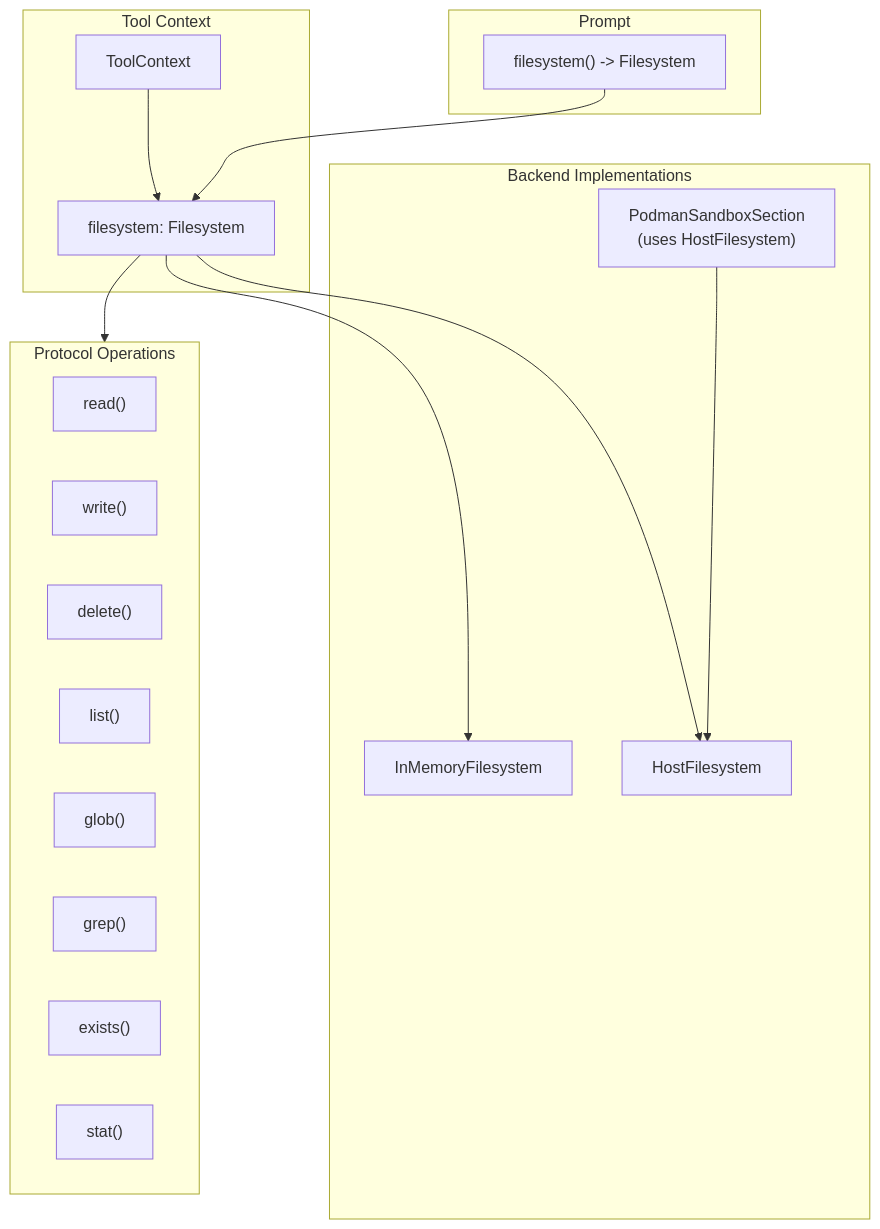
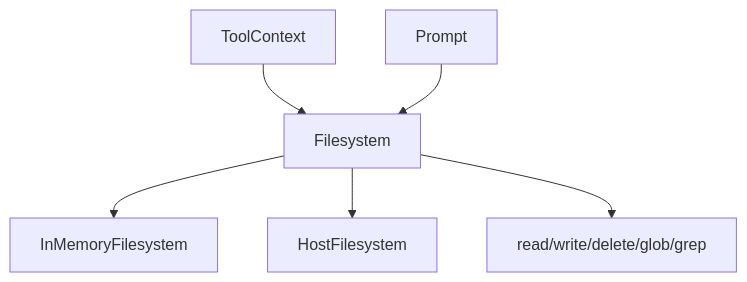
Before and after one commit to weakincentives/weakincentives: the diagram in specs/FILESYSTEM.md, drawn with Mermaid. The commit also changed other lines of this file and 34 other files, not shown here.

````diff
--- a/specs/FILESYSTEM.md
+++ b/specs/FILESYSTEM.md
@@ -22,35 +13,8 @@
 ```mermaid
 flowchart TB
-    subgraph Context["Tool Context"]
-        ToolContext["ToolContext"]
-        FS["filesystem: Filesystem"]
-    end
-
-    subgraph Prompt["Prompt"]
-        PromptFS["filesystem() -> Filesystem"]
-    end
-
-    subgraph Backends["Backend Implementations"]
-        InMemory["InMemoryFilesystem"]
-        Host["HostFilesystem"]
-        PodmanSection["PodmanSandboxSection<br/>(uses HostFilesystem)"]
-    end
-
-    subgraph Operations["Protocol Operations"]
-        Read["read()"]
-        Write["write()"]
-        Delete["delete()"]
-        List["list()"]
-        Glob["glob()"]
-        Grep["grep()"]
-        Exists["exists()"]
-        Stat["stat()"]
-    end
-
-    ToolContext --> FS
-    PromptFS --> FS
-    FS --> InMemory
-    FS --> Host
-    PodmanSection --> Host
-    FS --> Operations
+    ToolContext --> Filesystem
+    Prompt --> Filesystem
+    Filesystem --> InMemory["InMemoryFilesystem"]
+    Filesystem --> Host["HostFilesystem"]
+    Filesystem --> Ops["read/write/delete/glob/grep"]
 ```
````
